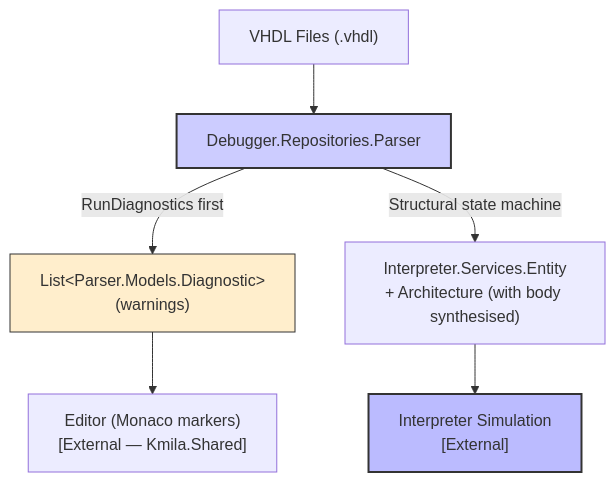
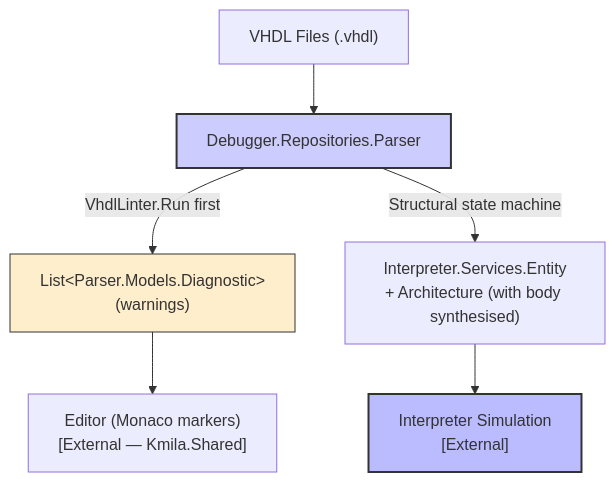
The first of 6 diagrams in README.md (Kmila9s/Debugger), drawn with Mermaid before and after one commit. The commit also changed other lines of this file and 7 other files, not shown here.

````diff
--- a/README.md
+++ b/README.md
@@ -133,12 +135,12 @@
 ```mermaid
 graph TD
     A["VHDL Files (.vhdl)"] --> B["Debugger.Repositories.Parser"]
-    B -->|RunDiagnostics first| D["List&lt;Parser.Models.Diagnostic&gt;<br/>(warnings)"]
+    B -->|VhdlLinter.Run first| D["List&lt;Parser.Models.Diagnostic&gt;<br/>(warnings)"]
     B -->|Structural state machine| C["Interpreter.Services.Entity<br/>+ Architecture (with body synthesised)"]
     D --> E["Editor (Monaco markers)<br/>[External — Kmila.Shared]"]
     C --> F["Interpreter Simulation<br/>[External]"]
 
     style B fill:#ccf,stroke:#333,stroke-width:2px
     style D fill:#fec,stroke:#333,stroke-width:1px
     style F fill:#bbf,stroke:#333,stroke-width:2px
 ```
````
